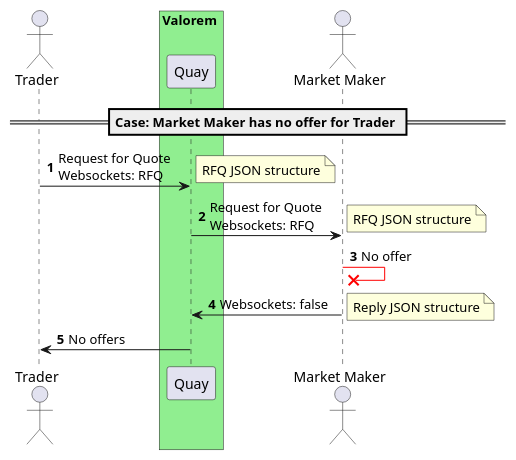
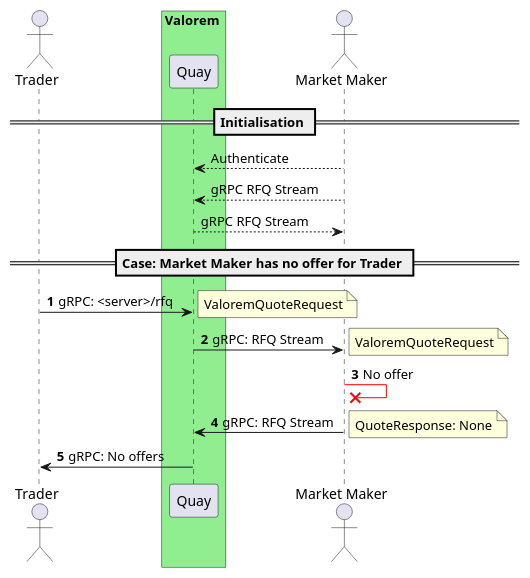
Before and after one commit to prince777-k/quay: the diagram in docs/diagrams/mm_no_offer.pu, drawn with PlantUML. The commit also changed 20 other files, not shown here.

```diff
--- a/docs/diagrams/mm_no_offer.pu
+++ b/docs/diagrams/mm_no_offer.pu
@@ -1,25 +1,30 @@
 @startuml
 
 actor Trader
 box Valorem #LightGreen
 participant Quay
 end box
 actor "Market Maker" as MM
 
+== Initialisation ==
+MM --> Quay: Authenticate
+MM --> Quay: gRPC RFQ Stream
+Quay --> MM: gRPC RFQ Stream
+
 == Case: Market Maker has no offer for Trader ==
 autonumber
-Trader -> Quay: Request for Quote\nWebsockets: RFQ
+Trader -> Quay: gRPC: <server>/rfq
 note right
-RFQ JSON structure
+ValoremQuoteRequest
 end note
-Quay -> MM: Request for Quote\nWebsockets: RFQ
+Quay -> MM: gRPC: RFQ Stream
 note right
-RFQ JSON structure
+ValoremQuoteRequest
 end note
 MM -[#red]x MM: No offer
-MM -> Quay: Websockets: false
+MM -> Quay: gRPC: RFQ Stream
 note right
-Reply JSON structure
+QuoteResponse: None
 end note
-Quay -> Trader: No offers
+Quay -> Trader: gRPC: No offers
 @enduml
```
